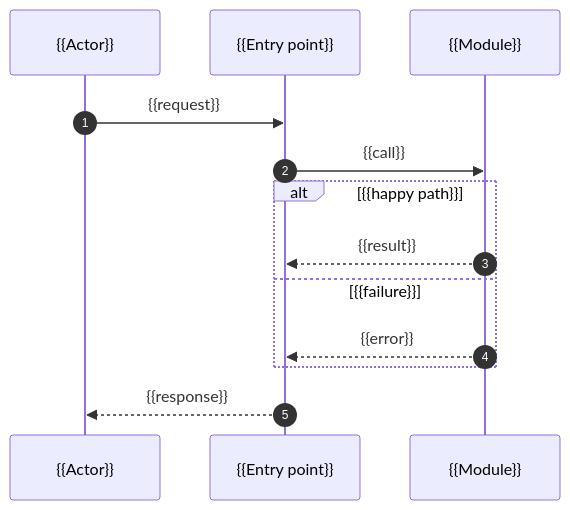
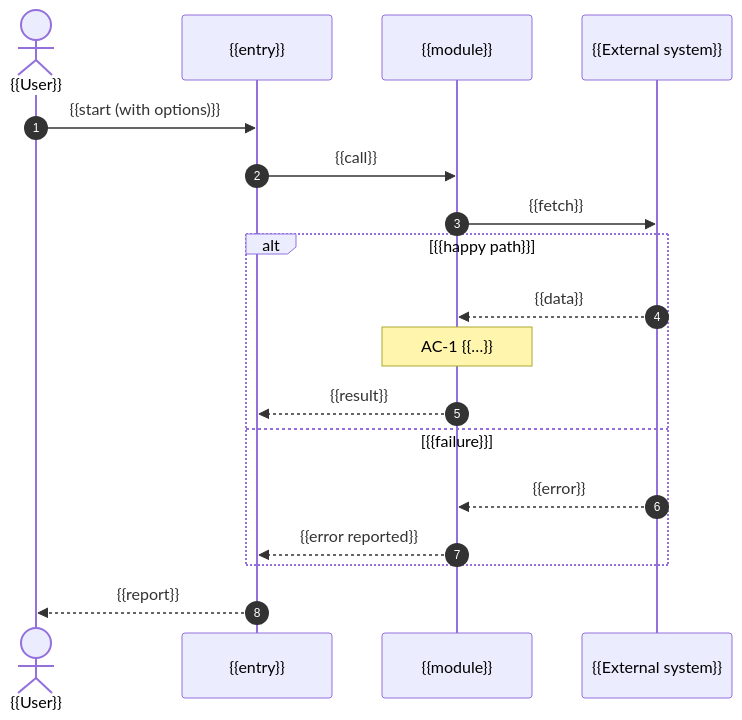
Before and after one commit to reshif/claude-factory: the second of 2 diagrams in plugins/factory/templates/docs/adr.md, drawn with Mermaid. The commit also changed other lines of this file and 46 other files, not shown here.

````diff
--- a/plugins/factory/templates/docs/adr.md
+++ b/plugins/factory/templates/docs/adr.md
@@ -72,15 +112,20 @@
 ```mermaid
 sequenceDiagram
   autonumber
-  participant A as {{Actor}}
-  participant S as {{Entry point}}
-  participant C as {{Module}}
-  A->>S: {{request}}
-  S->>C: {{call}}
+  actor U as {{User}}
+  participant E as {{entry}}
+  participant C as {{module}}
+  participant X as {{External system}}
+  U->>E: {{start (with options)}}
+  E->>C: {{call}}
+  C->>X: {{fetch}}
   alt {{happy path}}
-    C-->>S: {{result}}
+    X-->>C: {{data}}
+    Note over C: AC-1 {{…}}
+    C-->>E: {{result}}
   else {{failure}}
-    C-->>S: {{error}}
+    X-->>C: {{error}}
+    C-->>E: {{error reported}}
   end
-  S-->>A: {{response}}
+  E-->>U: {{report}}
 ```
````
